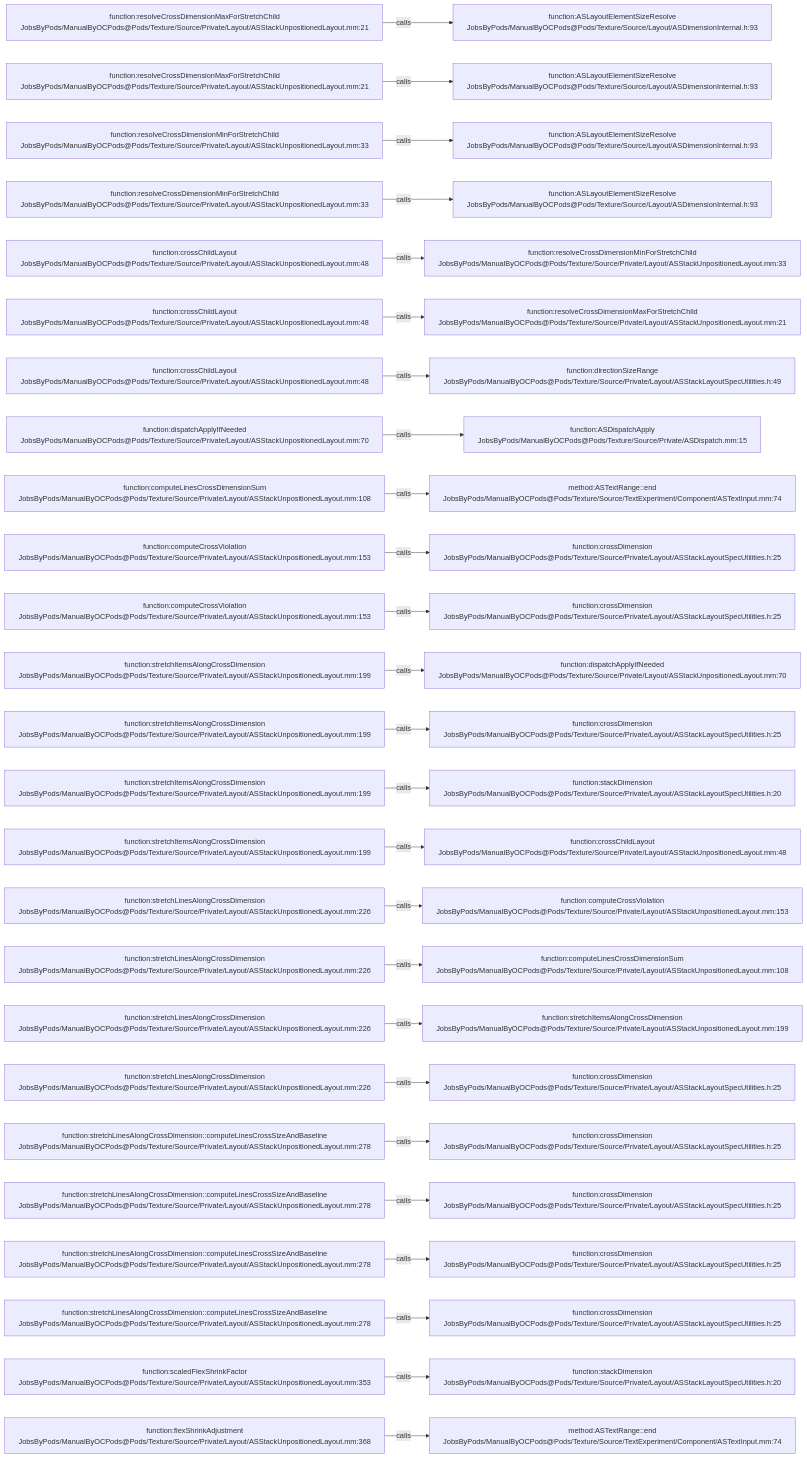
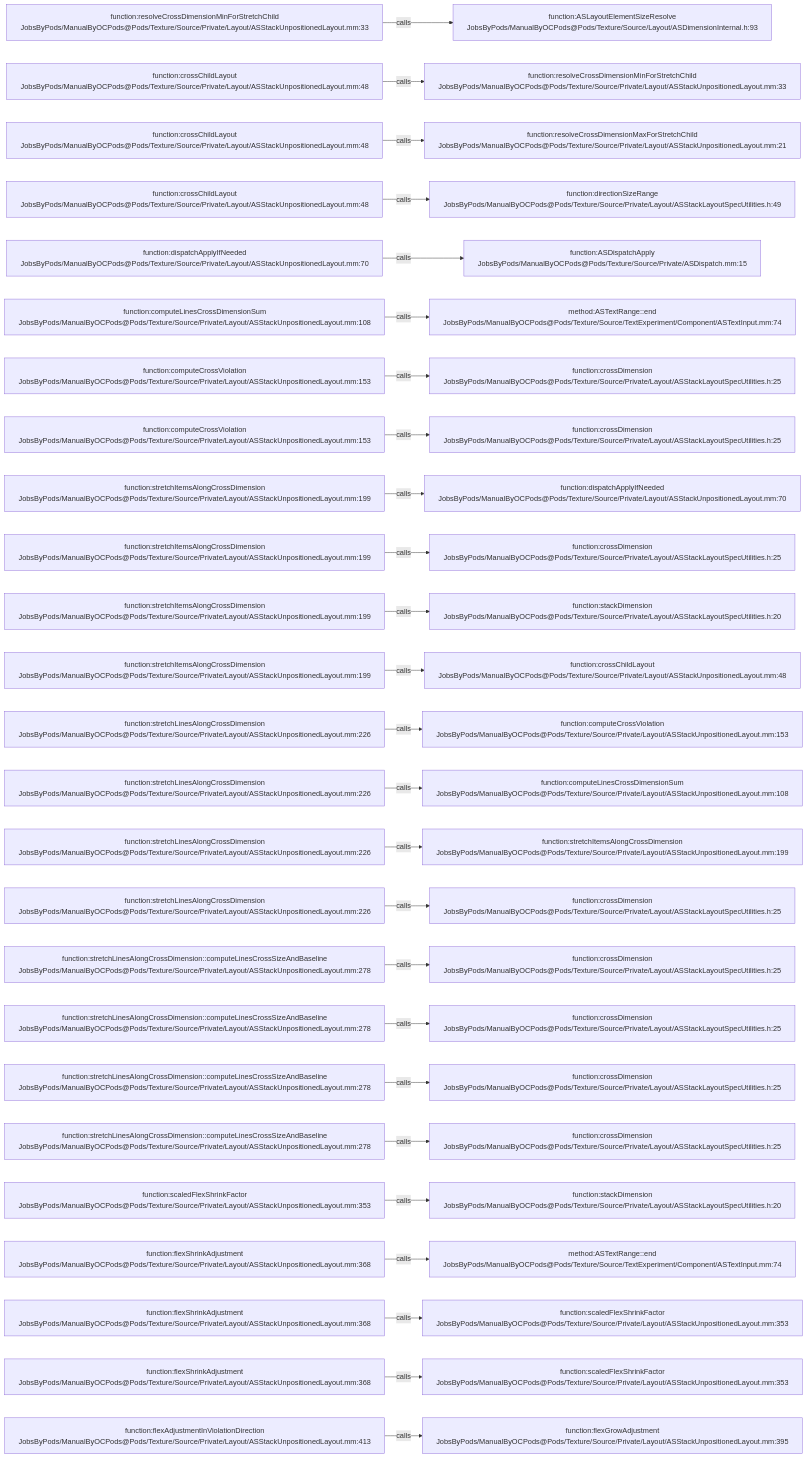
The diagram in .codegraph/codegraph.md/graphs/calls-196.md (JobsKits/JobsOCBaseConfigDemo), drawn with Mermaid before and after one commit. The commit also changed 342 other files, not shown here.

````diff
--- a/.codegraph/codegraph.md/graphs/calls-196.md
+++ b/.codegraph/codegraph.md/graphs/calls-196.md
@@ -13,78 +13,78 @@
 ```mermaid
 flowchart LR
-  S1["function:resolveCrossDimensionMaxForStretchChild<br/>JobsByPods/ManualByOCPods@Pods/Texture/Source/Private/Layout/ASStackUnpositionedLayout.mm:21"]
+  S1["function:resolveCrossDimensionMinForStretchChild<br/>JobsByPods/ManualByOCPods@Pods/Texture/Source/Private/Layout/ASStackUnpositionedLayout.mm:33"]
   T1["function:ASLayoutElementSizeResolve<br/>JobsByPods/ManualByOCPods@Pods/Texture/Source/Layout/ASDimensionInternal.h:93"]
   S1 -->|calls| T1
-  S2["function:resolveCrossDimensionMaxForStretchChild<br/>JobsByPods/ManualByOCPods@Pods/Texture/Source/Private/Layout/ASStackUnpositionedLayout.mm:21"]
-  T2["function:ASLayoutElementSizeResolve<br/>JobsByPods/ManualByOCPods@Pods/Texture/Source/Layout/ASDimensionInternal.h:93"]
+  S2["function:crossChildLayout<br/>JobsByPods/ManualByOCPods@Pods/Texture/Source/Private/Layout/ASStackUnpositionedLayout.mm:48"]
+  T2["function:resolveCrossDimensionMinForStretchChild<br/>JobsByPods/ManualByOCPods@Pods/Texture/Source/Private/Layout/ASStackUnpositionedLayout.mm:33"]
   S2 -->|calls| T2
-  S3["function:resolveCrossDimensionMinForStretchChild<br/>JobsByPods/ManualByOCPods@Pods/Texture/Source/Private/Layout/ASStackUnpositionedLayout.mm:33"]
-  T3["function:ASLayoutElementSizeResolve<br/>JobsByPods/ManualByOCPods@Pods/Texture/Source/Layout/ASDimensionInternal.h:93"]
+  S3["function:crossChildLayout<br/>JobsByPods/ManualByOCPods@Pods/Texture/Source/Private/Layout/ASStackUnpositionedLayout.mm:48"]
+  T3["function:resolveCrossDimensionMaxForStretchChild<br/>JobsByPods/ManualByOCPods@Pods/Texture/Source/Private/Layout/ASStackUnpositionedLayout.mm:21"]
   S3 -->|calls| T3
-  S4["function:resolveCrossDimensionMinForStretchChild<br/>JobsByPods/ManualByOCPods@Pods/Texture/Source/Private/Layout/ASStackUnpositionedLayout.mm:33"]
-  T4["function:ASLayoutElementSizeResolve<br/>JobsByPods/ManualByOCPods@Pods/Texture/Source/Layout/ASDimensionInternal.h:93"]
+  S4["function:crossChildLayout<br/>JobsByPods/ManualByOCPods@Pods/Texture/Source/Private/Layout/ASStackUnpositionedLayout.mm:48"]
+  T4["function:directionSizeRange<br/>JobsByPods/ManualByOCPods@Pods/Texture/Source/Private/Layout/ASStackLayoutSpecUtilities.h:49"]
   S4 -->|calls| T4
-  S5["function:crossChildLayout<br/>JobsByPods/ManualByOCPods@Pods/Texture/Source/Private/Layout/ASStackUnpositionedLayout.mm:48"]
-  T5["function:resolveCrossDimensionMinForStretchChild<br/>JobsByPods/ManualByOCPods@Pods/Texture/Source/Private/Layout/ASStackUnpositionedLayout.mm:33"]
+  S5["function:dispatchApplyIfNeeded<br/>JobsByPods/ManualByOCPods@Pods/Texture/Source/Private/Layout/ASStackUnpositionedLayout.mm:70"]
+  T5["function:ASDispatchApply<br/>JobsByPods/ManualByOCPods@Pods/Texture/Source/Private/ASDispatch.mm:15"]
   S5 -->|calls| T5
-  S6["function:crossChildLayout<br/>JobsByPods/ManualByOCPods@Pods/Texture/Source/Private/Layout/ASStackUnpositionedLayout.mm:48"]
-  T6["function:resolveCrossDimensionMaxForStretchChild<br/>JobsByPods/ManualByOCPods@Pods/Texture/Source/Private/Layout/ASStackUnpositionedLayout.mm:21"]
+  S6["function:computeLinesCrossDimensionSum<br/>JobsByPods/ManualByOCPods@Pods/Texture/Source/Private/Layout/ASStackUnpositionedLayout.mm:108"]
+  T6["method:ASTextRange::end<br/>JobsByPods/ManualByOCPods@Pods/Texture/Source/TextExperiment/Component/ASTextInput.mm:74"]
   S6 -->|calls| T6
-  S7["function:crossChildLayout<br/>JobsByPods/ManualByOCPods@Pods/Texture/Source/Private/Layout/ASStackUnpositionedLayout.mm:48"]
-  T7["function:directionSizeRange<br/>JobsByPods/ManualByOCPods@Pods/Texture/Source/Private/Layout/ASStackLayoutSpecUtilities.h:49"]
+  S7["function:computeCrossViolation<br/>JobsByPods/ManualByOCPods@Pods/Texture/Source/Private/Layout/ASStackUnpositionedLayout.mm:153"]
+  T7["function:crossDimension<br/>JobsByPods/ManualByOCPods@Pods/Texture/Source/Private/Layout/ASStackLayoutSpecUtilities.h:25"]
   S7 -->|calls| T7
-  S8["function:dispatchApplyIfNeeded<br/>JobsByPods/ManualByOCPods@Pods/Texture/Source/Private/Layout/ASStackUnpositionedLayout.mm:70"]
-  T8["function:ASDispatchApply<br/>JobsByPods/ManualByOCPods@Pods/Texture/Source/Private/ASDispatch.mm:15"]
+  S8["function:computeCrossViolation<br/>JobsByPods/ManualByOCPods@Pods/Texture/Source/Private/Layout/ASStackUnpositionedLayout.mm:153"]
+  T8["function:crossDimension<br/>JobsByPods/ManualByOCPods@Pods/Texture/Source/Private/Layout/ASStackLayoutSpecUtilities.h:25"]
   S8 -->|calls| T8
-  S9["function:computeLinesCrossDimensionSum<br/>JobsByPods/ManualByOCPods@Pods/Texture/Source/Private/Layout/ASStackUnpositionedLayout.mm:108"]
-  T9["method:ASTextRange::end<br/>JobsByPods/ManualByOCPods@Pods/Texture/Source/TextExperiment/Component/ASTextInput.mm:74"]
+  S9["function:stretchItemsAlongCrossDimension<br/>JobsByPods/ManualByOCPods@Pods/Texture/Source/Private/Layout/ASStackUnpositionedLayout.mm:199"]
+  T9["function:dispatchApplyIfNeeded<br/>JobsByPods/ManualByOCPods@Pods/Texture/Source/Private/Layout/ASStackUnpositionedLayout.mm:70"]
   S9 -->|calls| T9
-  S10["function:computeCrossViolation<br/>JobsByPods/ManualByOCPods@Pods/Texture/Source/Private/Layout/ASStackUnpositionedLayout.mm:153"]
+  S10["function:stretchItemsAlongCrossDimension<br/>JobsByPods/ManualByOCPods@Pods/Texture/Source/Private/Layout/ASStackUnpositionedLayout.mm:199"]
   T10["function:crossDimension<br/>JobsByPods/ManualByOCPods@Pods/Texture/Source/Private/Layout/ASStackLayoutSpecUtilities.h:25"]
   S10 -->|calls| T10
-  S11["function:computeCrossViolation<br/>JobsByPods/ManualByOCPods@Pods/Texture/Source/Private/Layout/ASStackUnpositionedLayout.mm:153"]
-  T11["function:crossDimension<br/>JobsByPods/ManualByOCPods@Pods/Texture/Source/Private/Layout/ASStackLayoutSpecUtilities.h:25"]
+  S11["function:stretchItemsAlongCrossDimension<br/>JobsByPods/ManualByOCPods@Pods/Texture/Source/Private/Layout/ASStackUnpositionedLayout.mm:199"]
+  T11["function:stackDimension<br/>JobsByPods/ManualByOCPods@Pods/Texture/Source/Private/Layout/ASStackLayoutSpecUtilities.h:20"]
   S11 -->|calls| T11
   S12["function:stretchItemsAlongCrossDimension<br/>JobsByPods/ManualByOCPods@Pods/Texture/Source/Private/Layout/ASStackUnpositionedLayout.mm:199"]
-  T12["function:dispatchApplyIfNeeded<br/>JobsByPods/ManualByOCPods@Pods/Texture/Source/Private/Layout/ASStackUnpositionedLayout.mm:70"]
+  T12["function:crossChildLayout<br/>JobsByPods/ManualByOCPods@Pods/Texture/Source/Private/Layout/ASStackUnpositionedLayout.mm:48"]
   S12 -->|calls| T12
-  S13["function:stretchItemsAlongCrossDimension<br/>JobsByPods/ManualByOCPods@Pods/Texture/Source/Private/Layout/ASStackUnpositionedLayout.mm:199"]
-  T13["function:crossDimension<br/>JobsByPods/ManualByOCPods@Pods/Texture/Source/Private/Layout/ASStackLayoutSpecUtilities.h:25"]
+  S13["function:stretchLinesAlongCrossDimension<br/>JobsByPods/ManualByOCPods@Pods/Texture/Source/Private/Layout/ASStackUnpositionedLayout.mm:226"]
+  T13["function:computeCrossViolation<br/>JobsByPods/ManualByOCPods@Pods/Texture/Source/Private/Layout/ASStackUnpositionedLayout.mm:153"]
   S13 -->|calls| T13
-  S14["function:stretchItemsAlongCrossDimension<br/>JobsByPods/ManualByOCPods@Pods/Texture/Source/Private/Layout/ASStackUnpositionedLayout.mm:199"]
-  T14["function:stackDimension<br/>JobsByPods/ManualByOCPods@Pods/Texture/Source/Private/Layout/ASStackLayoutSpecUtilities.h:20"]
+  S14["function:stretchLinesAlongCrossDimension<br/>JobsByPods/ManualByOCPods@Pods/Texture/Source/Private/Layout/ASStackUnpositionedLayout.mm:226"]
+  T14["function:computeLinesCrossDimensionSum<br/>JobsByPods/ManualByOCPods@Pods/Texture/Source/Private/Layout/ASStackUnpositionedLayout.mm:108"]
   S14 -->|calls| T14
-  S15["function:stretchItemsAlongCrossDimension<br/>JobsByPods/ManualByOCPods@Pods/Texture/Source/Private/Layout/ASStackUnpositionedLayout.mm:199"]
-  T15["function:crossChildLayout<br/>JobsByPods/ManualByOCPods@Pods/Texture/Source/Private/Layout/ASStackUnpositionedLayout.mm:48"]
+  S15["function:stretchLinesAlongCrossDimension<br/>JobsByPods/ManualByOCPods@Pods/Texture/Source/Private/Layout/ASStackUnpositionedLayout.mm:226"]
+  T15["function:stretchItemsAlongCrossDimension<br/>JobsByPods/ManualByOCPods@Pods/Texture/Source/Private/Layout/ASStackUnpositionedLayout.mm:199"]
   S15 -->|calls| T15
   S16["function:stretchLinesAlongCrossDimension<br/>JobsByPods/ManualByOCPods@Pods/Texture/Source/Private/Layout/ASStackUnpositionedLayout.mm:226"]
-  T16["function:computeCrossViolation<br/>JobsByPods/ManualByOCPods@Pods/Texture/Source/Private/Layout/ASStackUnpositionedLayout.mm:153"]
+  T16["function:crossDimension<br/>JobsByPods/ManualByOCPods@Pods/Texture/Source/Private/Layout/ASStackLayoutSpecUtilities.h:25"]
   S16 -->|calls| T16
-  S17["function:stretchLinesAlongCrossDimension<br/>JobsByPods/ManualByOCPods@Pods/Texture/Source/Private/Layout/ASStackUnpositionedLayout.mm:226"]
-  T17["function:computeLinesCrossDimensionSum<br/>JobsByPods/ManualByOCPods@Pods/Texture/Source/Private/Layout/ASStackUnpositionedLayout.mm:108"]
+  S17["function:stretchLinesAlongCrossDimension::computeLinesCrossSizeAndBaseline<br/>JobsByPods/ManualByOCPods@Pods/Texture/Source/Private/Layout/ASStackUnpositionedLayout.mm:278"]
+  T17["function:crossDimension<br/>JobsByPods/ManualByOCPods@Pods/Texture/Source/Private/Layout/ASStackLayoutSpecUtilities.h:25"]
   S17 -->|calls| T17
-  S18["function:stretchLinesAlongCrossDimension<br/>JobsByPods/ManualByOCPods@Pods/Texture/Source/Private/Layout/ASStackUnpositionedLayout.mm:226"]
-  T18["function:stretchItemsAlongCrossDimension<br/>JobsByPods/ManualByOCPods@Pods/Texture/Source/Private/Layout/ASStackUnpositionedLayout.mm:199"]
+  S18["function:stretchLinesAlongCrossDimension::computeLinesCrossSizeAndBaseline<br/>JobsByPods/ManualByOCPods@Pods/Texture/Source/Private/Layout/ASStackUnpositionedLayout.mm:278"]
+  T18["function:crossDimension<br/>JobsByPods/ManualByOCPods@Pods/Texture/Source/Private/Layout/ASStackLayoutSpecUtilities.h:25"]
   S18 -->|calls| T18
-  S19["function:stretchLinesAlongCrossDimension<br/>JobsByPods/ManualByOCPods@Pods/Texture/Source/Private/Layout/ASStackUnpositionedLayout.mm:226"]
+  S19["function:stretchLinesAlongCrossDimension::computeLinesCrossSizeAndBaseline<br/>JobsByPods/ManualByOCPods@Pods/Texture/Source/Private/Layout/ASStackUnpositionedLayout.mm:278"]
   T19["function:crossDimension<br/>JobsByPods/ManualByOCPods@Pods/Texture/Source/Private/Layout/ASStackLayoutSpecUtilities.h:25"]
   S19 -->|calls| T19
   S20["function:stretchLinesAlongCrossDimension::computeLinesCrossSizeAndBaseline<br/>JobsByPods/ManualByOCPods@Pods/Texture/Source/Private/Layout/ASStackUnpositionedLayout.mm:278"]
   T20["function:crossDimension<br/>JobsByPods/ManualByOCPods@Pods/Texture/Source/Private/Layout/ASStackLayoutSpecUtilities.h:25"]
   S20 -->|calls| T20
-  S21["function:stretchLinesAlongCrossDimension::computeLinesCrossSizeAndBaseline<br/>JobsByPods/ManualByOCPods@Pods/Texture/Source/Private/Layout/ASStackUnpositionedLayout.mm:278"]
-  T21["function:crossDimension<br/>JobsByPods/ManualByOCPods@Pods/Texture/Source/Private/Layout/ASStackLayoutSpecUtilities.h:25"]
+  S21["function:scaledFlexShrinkFactor<br/>JobsByPods/ManualByOCPods@Pods/Texture/Source/Private/Layout/ASStackUnpositionedLayout.mm:353"]
+  T21["function:stackDimension<br/>JobsByPods/ManualByOCPods@Pods/Texture/Source/Private/Layout/ASStackLayoutSpecUtilities.h:20"]
   S21 -->|calls| T21
-  S22["function:stretchLinesAlongCrossDimension::computeLinesCrossSizeAndBaseline<br/>JobsByPods/ManualByOCPods@Pods/Texture/Source/Private/Layout/ASStackUnpositionedLayout.mm:278"]
-  T22["function:crossDimension<br/>JobsByPods/ManualByOCPods@Pods/Texture/Source/Private/Layout/ASStackLayoutSpecUtilities.h:25"]
+  S22["function:flexShrinkAdjustment<br/>JobsByPods/ManualByOCPods@Pods/Texture/Source/Private/Layout/ASStackUnpositionedLayout.mm:368"]
+  T22["method:ASTextRange::end<br/>JobsByPods/ManualByOCPods@Pods/Texture/Source/TextExperiment/Component/ASTextInput.mm:74"]
   S22 -->|calls| T22
-  S23["function:stretchLinesAlongCrossDimension::computeLinesCrossSizeAndBaseline<br/>JobsByPods/ManualByOCPods@Pods/Texture/Source/Private/Layout/ASStackUnpositionedLayout.mm:278"]
-  T23["function:crossDimension<br/>JobsByPods/ManualByOCPods@Pods/Texture/Source/Private/Layout/ASStackLayoutSpecUtilities.h:25"]
+  S23["function:flexShrinkAdjustment<br/>JobsByPods/ManualByOCPods@Pods/Texture/Source/Private/Layout/ASStackUnpositionedLayout.mm:368"]
+  T23["function:scaledFlexShrinkFactor<br/>JobsByPods/ManualByOCPods@Pods/Texture/Source/Private/Layout/ASStackUnpositionedLayout.mm:353"]
   S23 -->|calls| T23
-  S24["function:scaledFlexShrinkFactor<br/>JobsByPods/ManualByOCPods@Pods/Texture/Source/Private/Layout/ASStackUnpositionedLayout.mm:353"]
-  T24["function:stackDimension<br/>JobsByPods/ManualByOCPods@Pods/Texture/Source/Private/Layout/ASStackLayoutSpecUtilities.h:20"]
+  S24["function:flexShrinkAdjustment<br/>JobsByPods/ManualByOCPods@Pods/Texture/Source/Private/Layout/ASStackUnpositionedLayout.mm:368"]
+  T24["function:scaledFlexShrinkFactor<br/>JobsByPods/ManualByOCPods@Pods/Texture/Source/Private/Layout/ASStackUnpositionedLayout.mm:353"]
   S24 -->|calls| T24
-  S25["function:flexShrinkAdjustment<br/>JobsByPods/ManualByOCPods@Pods/Texture/Source/Private/Layout/ASStackUnpositionedLayout.mm:368"]
-  T25["method:ASTextRange::end<br/>JobsByPods/ManualByOCPods@Pods/Texture/Source/TextExperiment/Component/ASTextInput.mm:74"]
+  S25["function:flexAdjustmentInViolationDirection<br/>JobsByPods/ManualByOCPods@Pods/Texture/Source/Private/Layout/ASStackUnpositionedLayout.mm:413"]
+  T25["function:flexGrowAdjustment<br/>JobsByPods/ManualByOCPods@Pods/Texture/Source/Private/Layout/ASStackUnpositionedLayout.mm:395"]
   S25 -->|calls| T25
 ```
````
